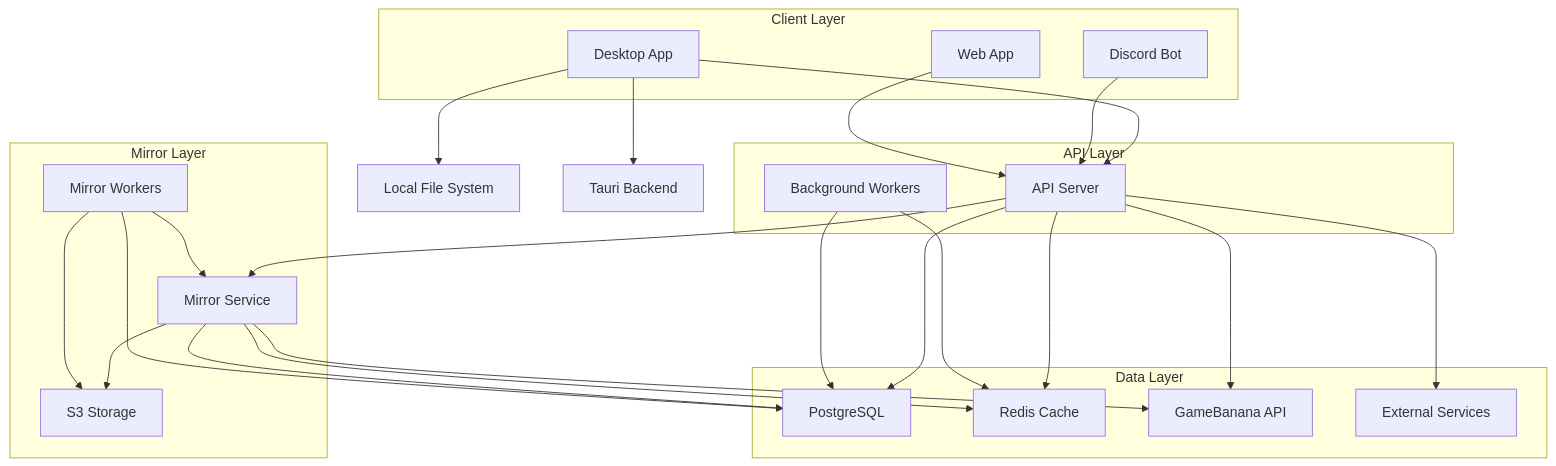
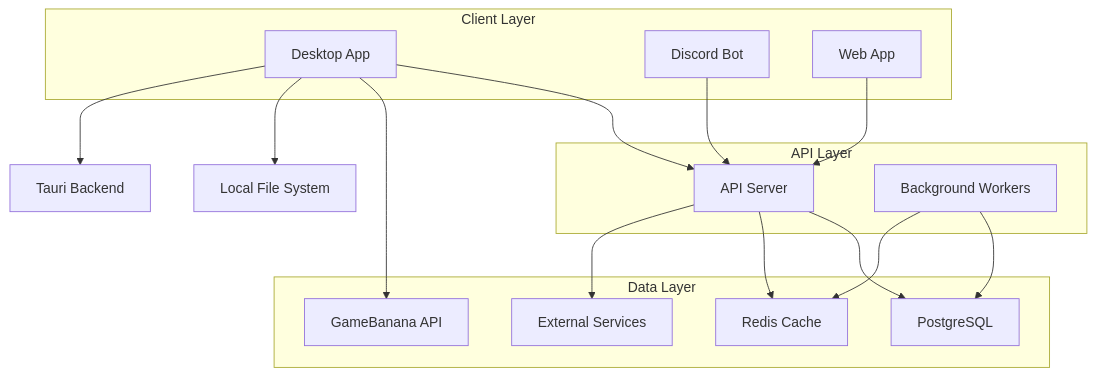
One commit to deadlock-mod-manager/deadlock-mod-manager changed the first of 5 diagrams in apps/docs/content/docs/developer-docs/architecture.mdx. Above: the diagram before and after it, drawn with Mermaid. The commit also changed other lines of this file and 134 other files, not shown here.

````diff
--- a/apps/docs/content/docs/developer-docs/architecture.mdx
+++ b/apps/docs/content/docs/developer-docs/architecture.mdx
@@ -17,53 +17,37 @@
 ```mermaid
 graph TD
     A[Desktop App] --> B[API Server]
+    A --> G[GameBanana API]
     A --> C[Local File System]
     A --> D[Tauri Backend]
 
     B --> E[PostgreSQL]
     B --> F[Redis Cache]
-    B --> G[GameBanana API]
-    B --> M[Mirror Service]
 
     H[Discord Bot] --> B
     I[Web App] --> B
 
     J[Background Workers] --> E
     J --> F
 
     K[External Services]
     B --> K
-
-    M --> E
-    M --> F
-    M --> N[S3 Storage]
-    M --> G
-
-    L[Mirror Workers] --> M
-    L --> E
-    L --> N
 
     subgraph "Client Layer"
         A
         H
         I
     end
 
     subgraph "API Layer"
         B
         J
     end
 
-    subgraph "Mirror Layer"
-        M
-        L
-        N
-    end
-
     subgraph "Data Layer"
         E
         F
         G
         K
     end
 ```
````
